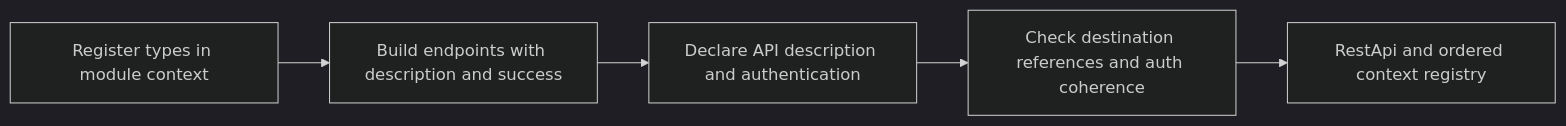
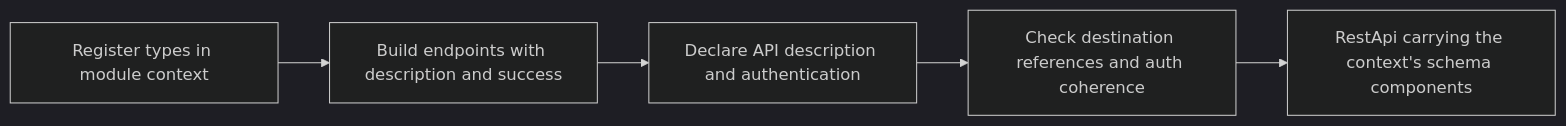
Before and after one commit to yankeeinlondon/rusty-biscuit: the first of 2 diagrams in schematic/docs/definition-builders.md, drawn with Mermaid (dark theme). The commit also changed other lines of this file and 16 other files, not shown here.

First line of the commit message:
docs(schematic): document component-based schema references

````diff
--- a/schematic/docs/definition-builders.md
+++ b/schematic/docs/definition-builders.md
@@ -26,7 +26,7 @@
 ```mermaid
 flowchart LR
     C[Register types in module context] --> E[Build endpoints with description and success]
     E --> A[Declare API description and authentication]
     A --> V[Check destination references and auth coherence]
-    V --> R[RestApi and ordered context registry]
+    V --> R[RestApi carrying the context's schema components]
 ```
````
